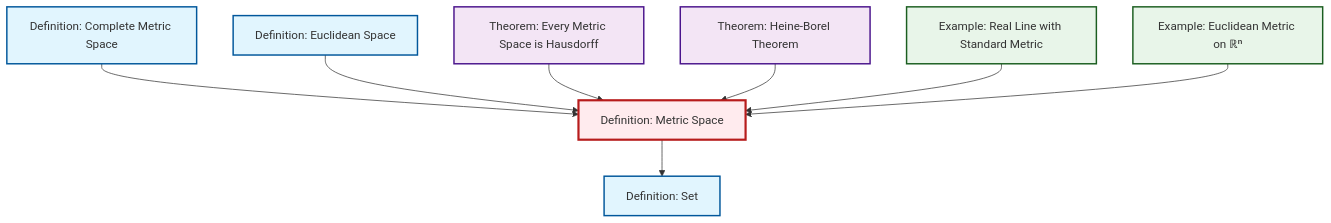
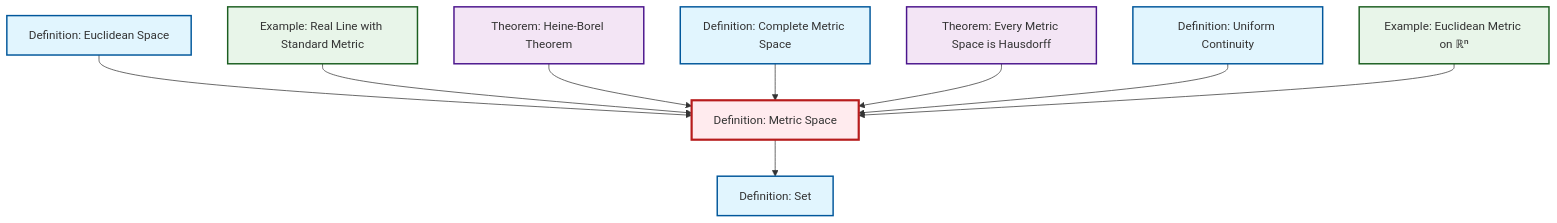
Before and after one commit to RK0429/ModernMath: the diagram in content/ja/analysis/def-metric-space.qmd, drawn with Mermaid. The commit also changed 474 other files, not shown here.

````diff
--- a/content/ja/analysis/def-metric-space.qmd
+++ b/content/ja/analysis/def-metric-space.qmd
@@ -51,32 +51,35 @@
 ```{mermaid}
 %%| fig-cap: "Local dependency graph"
 graph TD
     classDef definition fill:#e1f5fe,stroke:#01579b,stroke-width:2px
     classDef theorem fill:#f3e5f5,stroke:#4a148c,stroke-width:2px
     classDef axiom fill:#fff3e0,stroke:#e65100,stroke-width:2px
     classDef example fill:#e8f5e9,stroke:#1b5e20,stroke-width:2px
     classDef current fill:#ffebee,stroke:#b71c1c,stroke-width:3px
+    thm-metric-hausdorff["Theorem: Every Metric Space is Hausdorff"]:::theorem
+    def-uniform-continuity["Definition: Uniform Continuity"]:::definition
+    def-complete-metric-space["Definition: Complete Metric Space"]:::definition
     def-set["Definition: Set"]:::definition
-    def-complete-metric-space["Definition: Complete Metric Space"]:::definition
+    thm-heine-borel["Theorem: Heine-Borel Theorem"]:::theorem
+    def-metric-space["Definition: Metric Space"]:::definition
     def-euclidean-space["Definition: Euclidean Space"]:::definition
-    def-metric-space["Definition: Metric Space"]:::definition
-    thm-heine-borel["Theorem: Heine-Borel Theorem"]:::theorem
+    ex-real-line-metric["Example: Real Line with Standard Metric"]:::example
     ex-euclidean-metric["Example: Euclidean Metric on ℝⁿ"]:::example
-    ex-real-line-metric["Example: Real Line with Standard Metric"]:::example
-    thm-metric-hausdorff["Theorem: Every Metric Space is Hausdorff"]:::theorem
-    def-complete-metric-space --> def-metric-space
     def-metric-space --> def-set
     def-euclidean-space --> def-metric-space
+    ex-real-line-metric --> def-metric-space
+    thm-heine-borel --> def-metric-space
+    def-complete-metric-space --> def-metric-space
     thm-metric-hausdorff --> def-metric-space
-    thm-heine-borel --> def-metric-space
-    ex-real-line-metric --> def-metric-space
+    def-uniform-continuity --> def-metric-space
     ex-euclidean-metric --> def-metric-space
     class def-metric-space current
+    click thm-metric-hausdorff "thm-metric-hausdorff.html" "Theorem: Every Metric Space is Hausdorffへ"
+    click def-uniform-continuity "def-uniform-continuity.html" "Definition: Uniform Continuityへ"
+    click def-complete-metric-space "def-complete-metric-space.html" "Definition: Complete Metric Spaceへ"
     click def-set "def-set.html" "Definition: Setへ"
-    click def-complete-metric-space "def-complete-metric-space.html" "Definition: Complete Metric Spaceへ"
+    click thm-heine-borel "thm-heine-borel.html" "Theorem: Heine-Borel Theoremへ"
     click def-euclidean-space "def-euclidean-space.html" "Definition: Euclidean Spaceへ"
-    click thm-heine-borel "thm-heine-borel.html" "Theorem: Heine-Borel Theoremへ"
+    click ex-real-line-metric "ex-real-line-metric.html" "Example: Real Line with Standard Metricへ"
     click ex-euclidean-metric "ex-euclidean-metric.html" "Example: Euclidean Metric on ℝⁿへ"
-    click ex-real-line-metric "ex-real-line-metric.html" "Example: Real Line with Standard Metricへ"
-    click thm-metric-hausdorff "thm-metric-hausdorff.html" "Theorem: Every Metric Space is Hausdorffへ"
 ```
````
